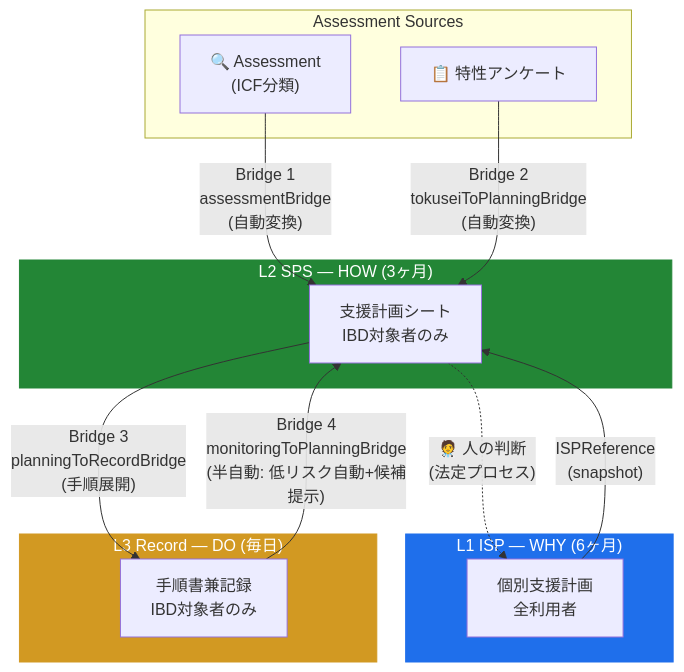
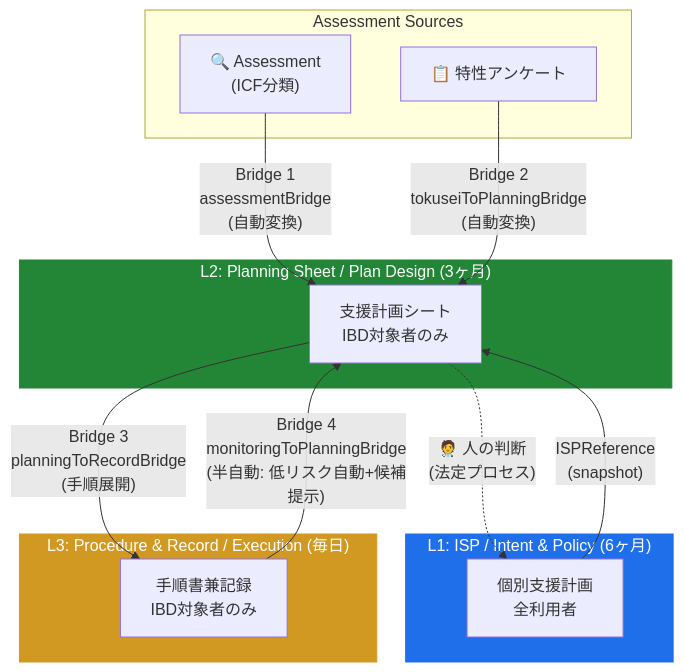
The diagram in docs/architecture.md (yasutakesougo/audit-management-system-mvp), drawn with Mermaid before and after one commit. The commit also changed 53 other files, not shown here.

````diff
--- a/docs/architecture.md
+++ b/docs/architecture.md
@@ -70,30 +70,30 @@
 ```mermaid
 graph TD
   subgraph "Assessment Sources"
     ASM["🔍 Assessment<br/>(ICF分類)"]
     TOK["📋 特性アンケート"]
   end
 
-  subgraph L1["L1 ISP — WHY (6ヶ月)"]
+  subgraph L1["L1: ISP / Intent & Policy (6ヶ月)"]
     ISP["個別支援計画<br/>全利用者"]
   end
 
-  subgraph L2["L2 SPS — HOW (3ヶ月)"]
+  subgraph L2["L2: Planning Sheet / Plan Design (3ヶ月)"]
     SPS["支援計画シート<br/>IBD対象者のみ"]
   end
 
-  subgraph L3["L3 Record — DO (毎日)"]
+  subgraph L3["L3: Procedure & Record / Execution (毎日)"]
     REC["手順書兼記録<br/>IBD対象者のみ"]
   end
 
   ASM -->|"Bridge 1<br/>assessmentBridge<br/>(自動変換)"| SPS
   TOK -->|"Bridge 2<br/>tokuseiToPlanningBridge<br/>(自動変換)"| SPS
   ISP -->|"ISPReference<br/>(snapshot)"| SPS
   SPS -->|"Bridge 3<br/>planningToRecordBridge<br/>(手順展開)"| REC
   REC -->|"Bridge 4<br/>monitoringToPlanningBridge<br/>(半自動: 低リスク自動+候補提示)"| SPS
   SPS -.->|"🧑‍⚕️ 人の判断<br/>(法定プロセス)"| ISP
 
   style L1 fill:#1f6feb,color:#fff,stroke:#1f6feb
   style L2 fill:#238636,color:#fff,stroke:#238636
   style L3 fill:#d29922,color:#fff,stroke:#d29922
 ```
````
